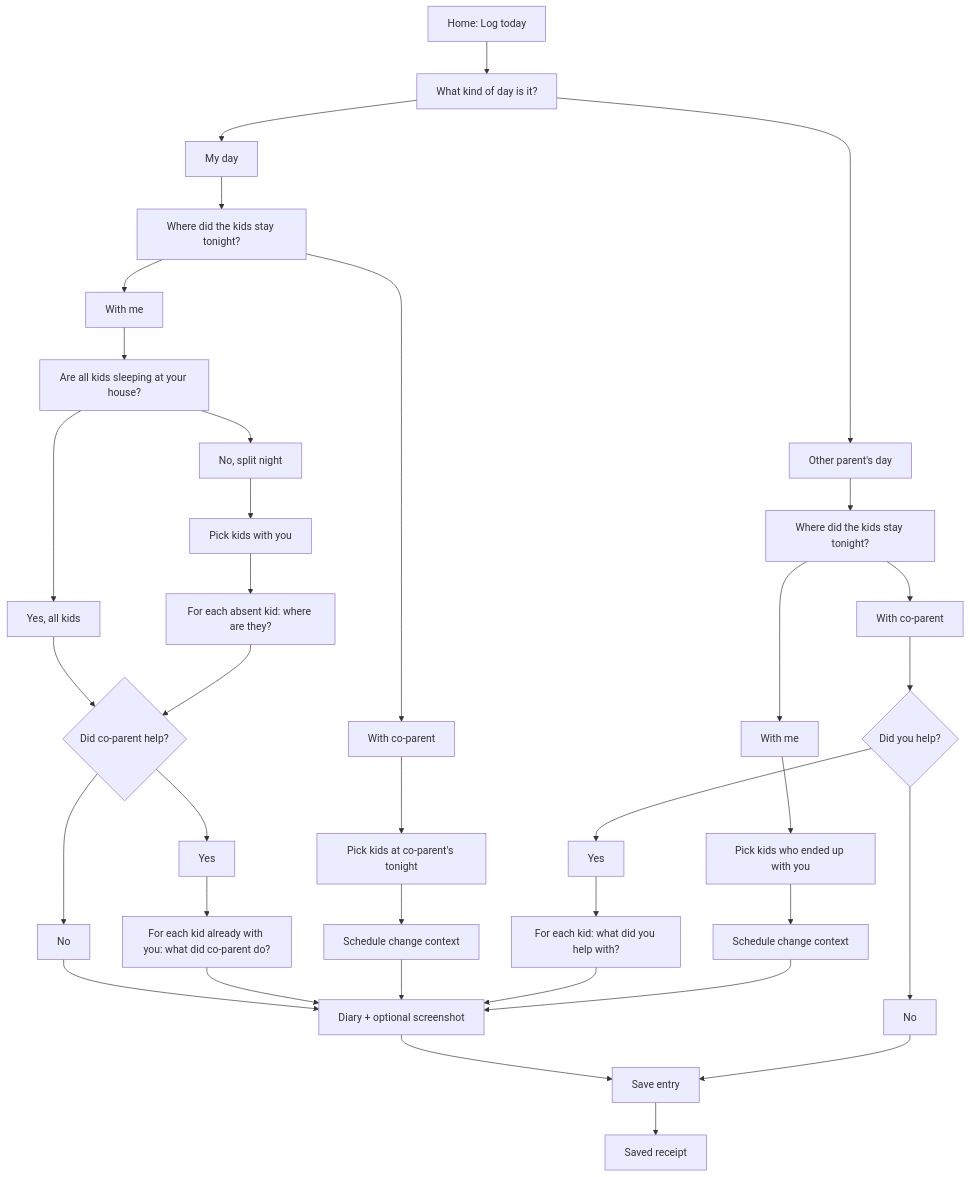
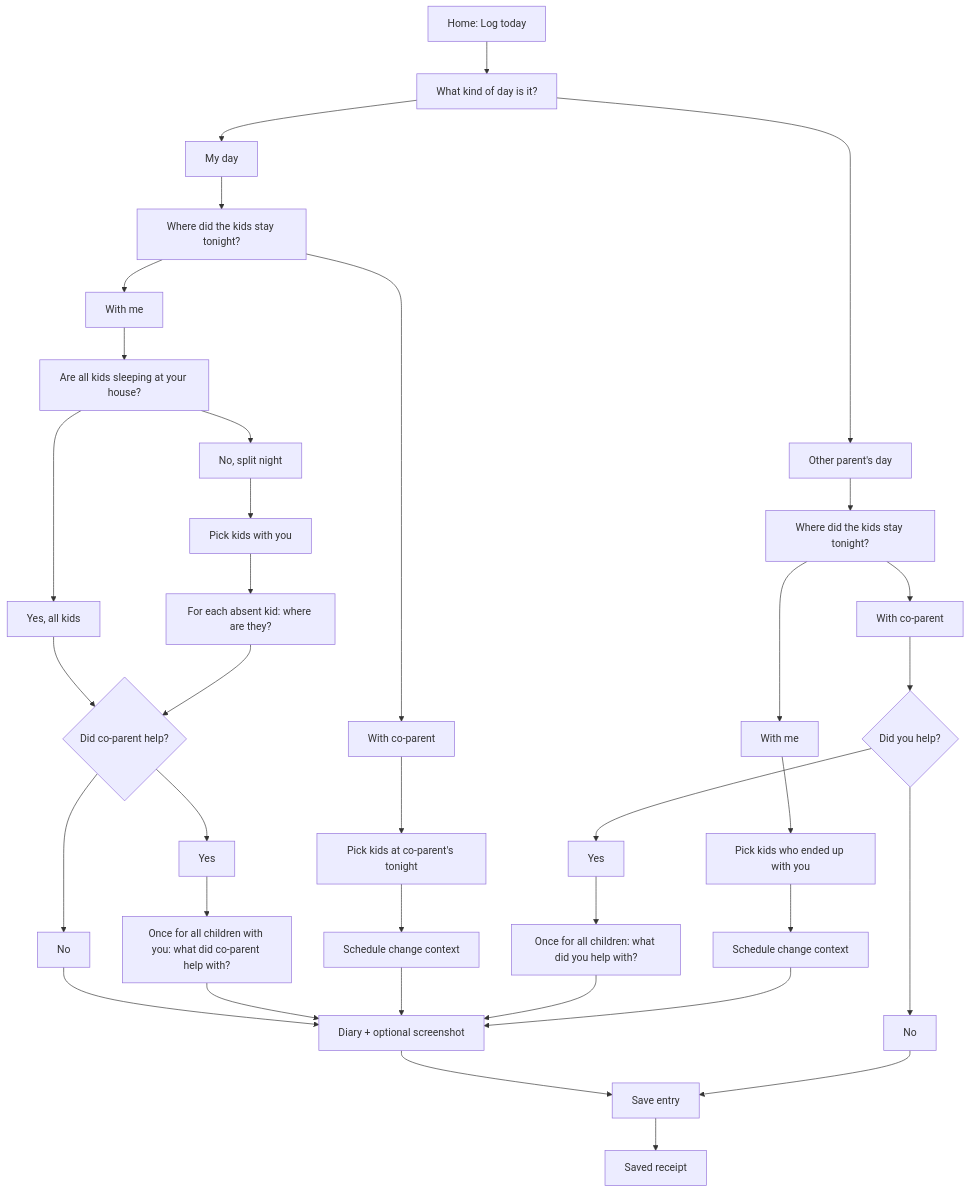
The first of 2 diagrams in DECISION_TREE.md (smrif/thomjrepo), drawn with Mermaid before and after one commit. The commit also changed other lines of this file and 152 other files, not shown here.

````diff
--- a/DECISION_TREE.md
+++ b/DECISION_TREE.md
@@ -11,46 +11,46 @@
 ```mermaid
 flowchart TD
   Start["Home: Log today"] --> DayType["What kind of day is it?"]
 
   DayType --> MyDay["My day"]
   DayType --> TheirDay["Other parent's day"]
 
   Review["Save entry"] --> Saved["Saved receipt"]
 
   MyDay --> MyDayActual["Where did the kids stay tonight?"]
   MyDayActual --> MyNormal["With me"]
   MyDayActual --> KidsAtCoParent["With co-parent"]
 
   MyNormal --> AllKidsHome["Are all kids sleeping at your house?"]
   AllKidsHome --> AllYes["Yes, all kids"]
   AllKidsHome --> SplitNight["No, split night"]
   AllYes --> CoParentHelped{"Did co-parent help?"}
   SplitNight --> PickKidsHome["Pick kids with you"]
   PickKidsHome --> AbsentLoop["For each absent kid: where are they?"]
   AbsentLoop --> CoParentHelped
   CoParentHelped --> NoCoParentHelp["No"]
   CoParentHelped --> YesCoParentHelp["Yes"]
   NoCoParentHelp --> Diary["Diary + optional screenshot"]
-  YesCoParentHelp --> CoParentHelpedActivity["For each kid already with you: what did co-parent do?"]
+  YesCoParentHelp --> CoParentHelpedActivity["Once for all children with you: what did co-parent help with?"]
   CoParentHelpedActivity --> Diary
   Diary --> Review
 
   KidsAtCoParent --> PickKidsAtCoParent["Pick kids at co-parent's tonight"]
   PickKidsAtCoParent --> ChangeContextDadDay["Schedule change context"]
   ChangeContextDadDay --> Diary
 
   TheirDay --> TheirDayActual["Where did the kids stay tonight?"]
   TheirDayActual --> CoParentHadKids["With co-parent"]
   TheirDayActual --> KidsWithMe["With me"]
 
   CoParentHadKids --> IHelped{"Did you help?"}
   IHelped --> NoIHelped["No"]
   IHelped --> YesIHelped["Yes"]
   NoIHelped --> Review
-  YesIHelped --> HelpedActivity["For each kid: what did you help with?"]
+  YesIHelped --> HelpedActivity["Once for all children: what did you help with?"]
   HelpedActivity --> Diary
 
   KidsWithMe --> PickKidsWithMe["Pick kids who ended up with you"]
   PickKidsWithMe --> ChangeContextTheirDay["Schedule change context"]
   ChangeContextTheirDay --> Diary
 ```
````
